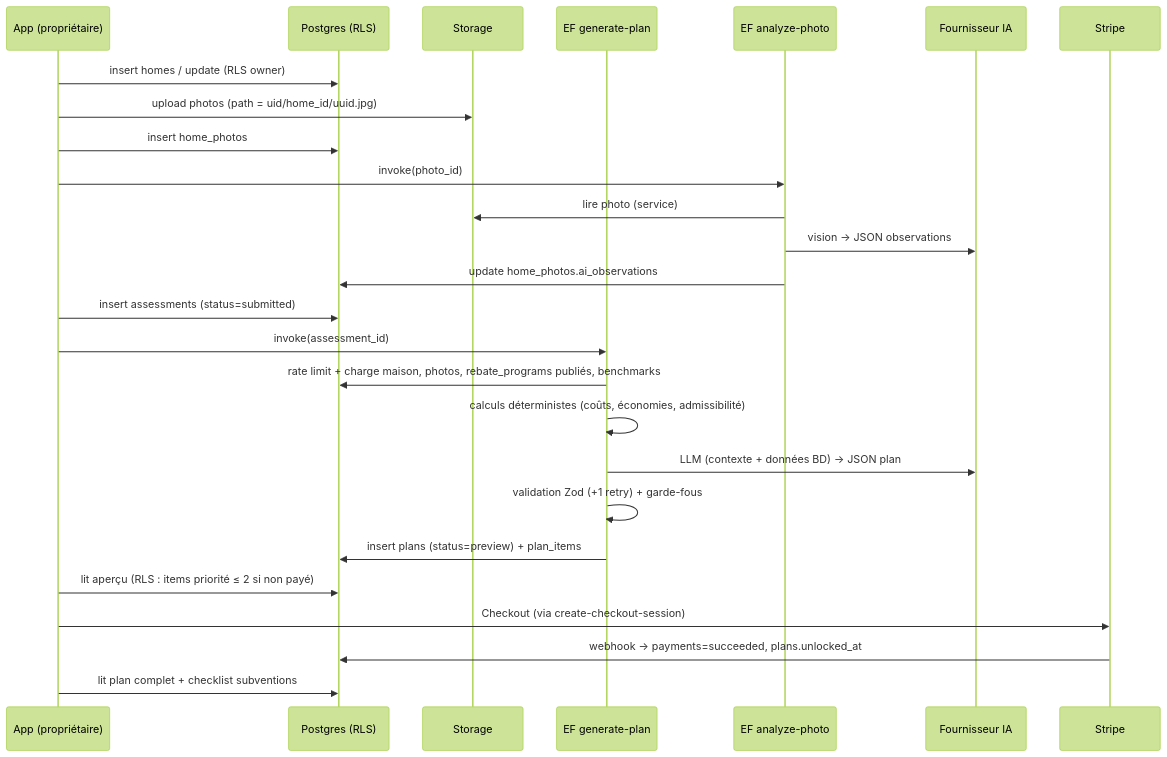
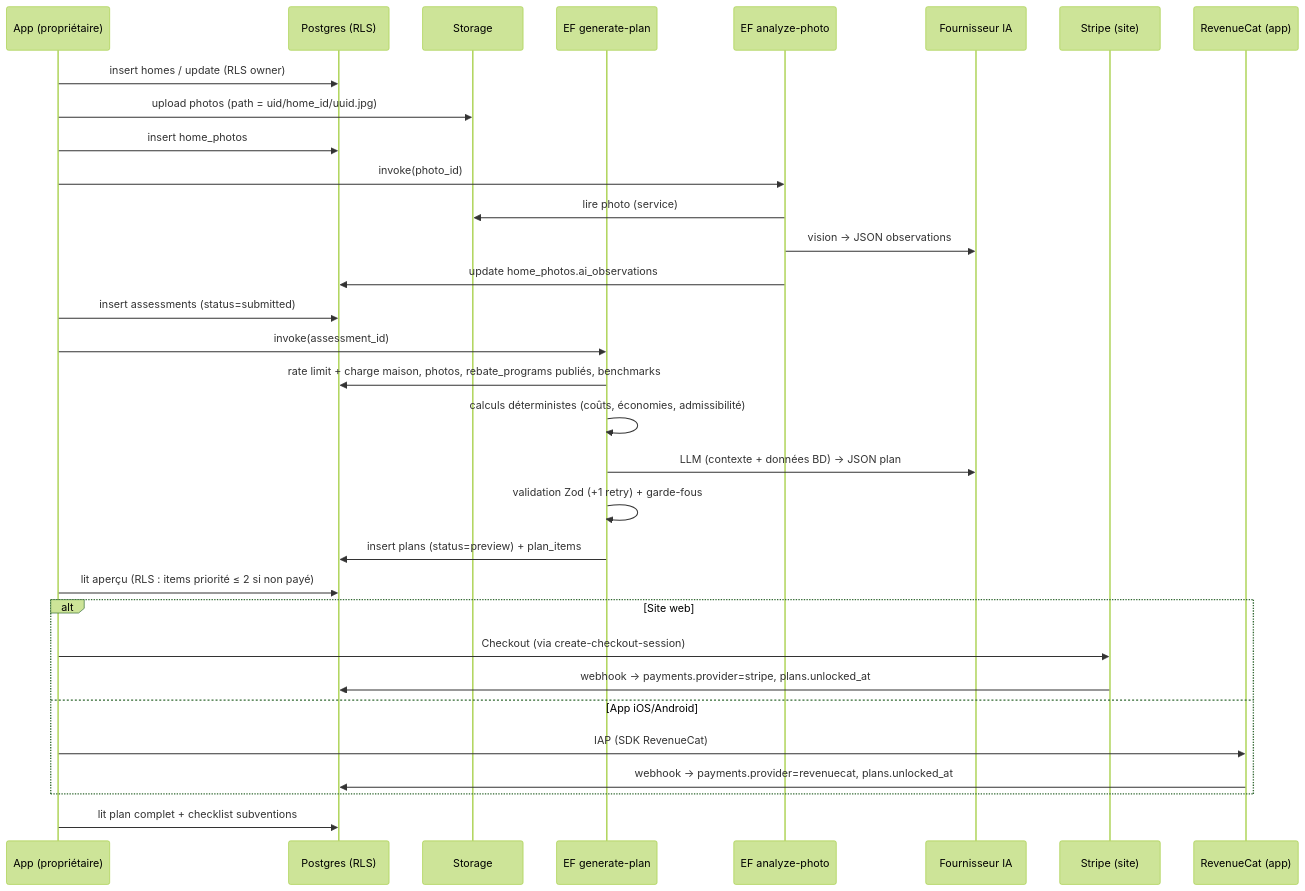
One commit to VernoB/renoroute changed the second of 2 diagrams in docs/01-architecture.md. Above: the diagram before and after it, drawn with Mermaid (forest theme). The commit also changed other lines of this file and 7 other files, not shown here.

Commit message:
M4-00: record hybrid RevenueCat app and Stripe website payments

````diff
--- a/docs/01-architecture.md
+++ b/docs/01-architecture.md
@@ -57,29 +61,35 @@
 ```mermaid
 sequenceDiagram
   participant U as App (propriétaire)
   participant DB as Postgres (RLS)
   participant S as Storage
   participant GP as EF generate-plan
   participant AP as EF analyze-photo
   participant AI as Fournisseur IA
-  participant ST as Stripe
+  participant ST as Stripe (site)
+  participant RC as RevenueCat (app)
 
   U->>DB: insert homes / update (RLS owner)
   U->>S: upload photos (path = uid/home_id/uuid.jpg)
   U->>DB: insert home_photos
   U->>AP: invoke(photo_id)
   AP->>S: lire photo (service)
   AP->>AI: vision → JSON observations
   AP->>DB: update home_photos.ai_observations
   U->>DB: insert assessments (status=submitted)
   U->>GP: invoke(assessment_id)
   GP->>DB: rate limit + charge maison, photos, rebate_programs publiés, benchmarks
   GP->>GP: calculs déterministes (coûts, économies, admissibilité)
   GP->>AI: LLM (contexte + données BD) → JSON plan
   GP->>GP: validation Zod (+1 retry) + garde-fous
   GP->>DB: insert plans (status=preview) + plan_items
   U->>DB: lit aperçu (RLS : items priorité ≤ 2 si non payé)
-  U->>ST: Checkout (via create-checkout-session)
-  ST->>DB: webhook → payments=succeeded, plans.unlocked_at
+  alt Site web
+    U->>ST: Checkout (via create-checkout-session)
+    ST->>DB: webhook → payments.provider=stripe, plans.unlocked_at
+  else App iOS/Android
+    U->>RC: IAP (SDK RevenueCat)
+    RC->>DB: webhook → payments.provider=revenuecat, plans.unlocked_at
+  end
   U->>DB: lit plan complet + checklist subventions
 ```
````
